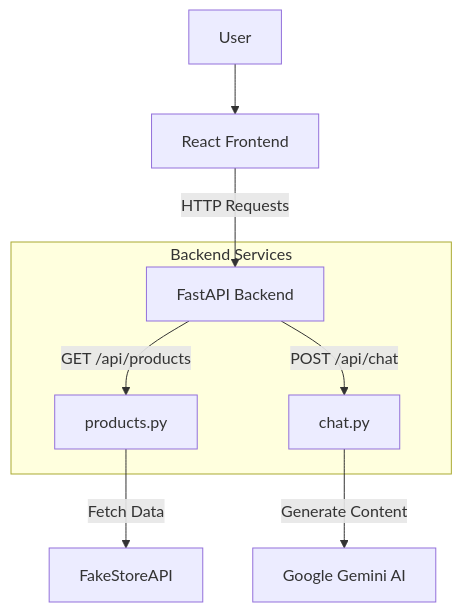
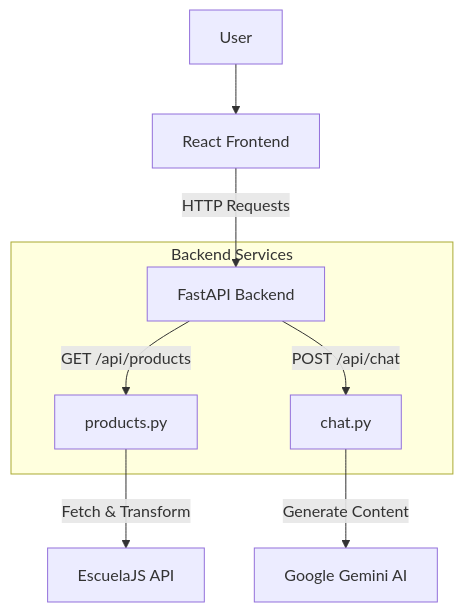
One commit to piyushpandey955/Web_Shop changed the diagram in Web_Shop_Journey.md. Above: the diagram before and after it, drawn with Mermaid. The commit also changed other lines of this file, not shown here.

````diff
--- a/Web_Shop_Journey.md
+++ b/Web_Shop_Journey.md
@@ -22,13 +22,13 @@
 ```mermaid
 graph TD
     User[User] --> Frontend[React Frontend]
     Frontend -->|HTTP Requests| Backend[FastAPI Backend]
     
     subgraph Backend Services
         Backend -->|GET /api/products| ProductsService[products.py]
         Backend -->|POST /api/chat| ChatService[chat.py]
     end
     
-    ProductsService -->|Fetch Data| FakeStore[FakeStoreAPI]
+    ProductsService -->|Fetch & Transform| ExternalAPI[EscuelaJS API]
     ChatService -->|Generate Content| Gemini[Google Gemini AI]
 ```
````
